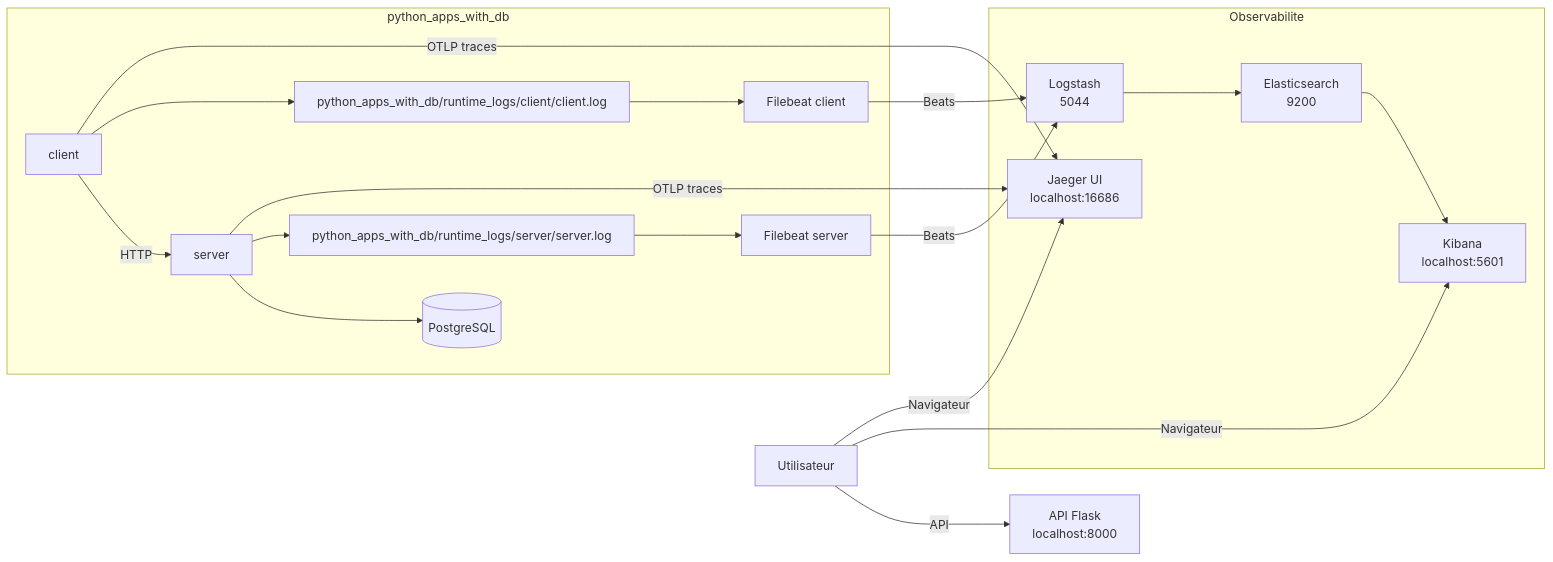
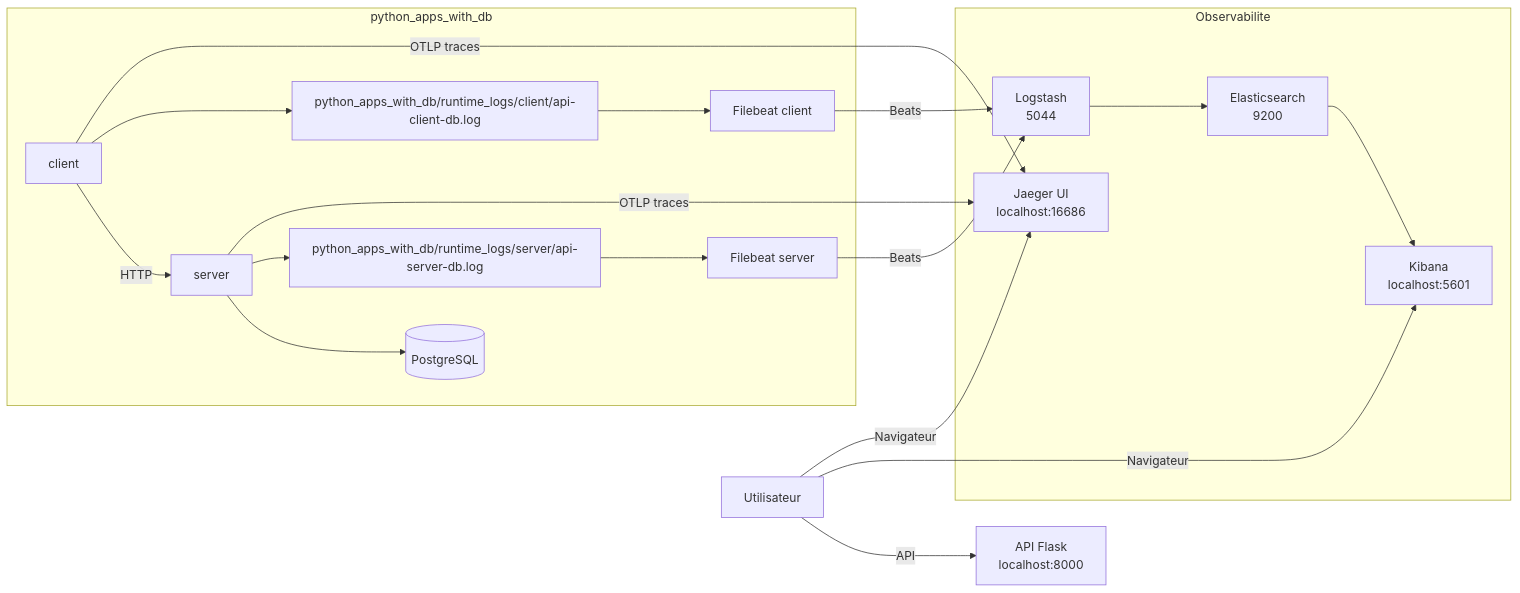
One commit to RobinThiriet/ELK changed the diagram in README.md. Above: the diagram before and after it, drawn with Mermaid. The commit also changed other lines of this file and 8 other files, not shown here.

Commit message:
Differentiate python apps and db variants by visible service names

````diff
--- a/README.md
+++ b/README.md
@@ -26,37 +26,37 @@
 ```mermaid
 flowchart LR
     U[Utilisateur] -->|API| API[API Flask<br/>localhost:8000]
     U -->|Navigateur| K[Kibana<br/>localhost:5601]
     U -->|Navigateur| J[Jaeger UI<br/>localhost:16686]
 
     subgraph APPS[python_apps_with_db]
         S[server]
         C[client]
         DB[(PostgreSQL)]
-        SL[python_apps_with_db/runtime_logs/server/server.log]
-        CL[python_apps_with_db/runtime_logs/client/client.log]
+        SL[python_apps_with_db/runtime_logs/server/api-server-db.log]
+        CL[python_apps_with_db/runtime_logs/client/api-client-db.log]
         FBS[Filebeat server]
         FBC[Filebeat client]
 
         C -->|HTTP| S
         S --> DB
         S --> SL
         C --> CL
         SL --> FBS
         CL --> FBC
     end
 
     subgraph OBS[Observabilite]
         L[Logstash<br/>5044]
         E[Elasticsearch<br/>9200]
         K
         J
     end
 
     FBS -->|Beats| L
     FBC -->|Beats| L
     L --> E
     E --> K
     S -->|OTLP traces| J
     C -->|OTLP traces| J
 ```
````
